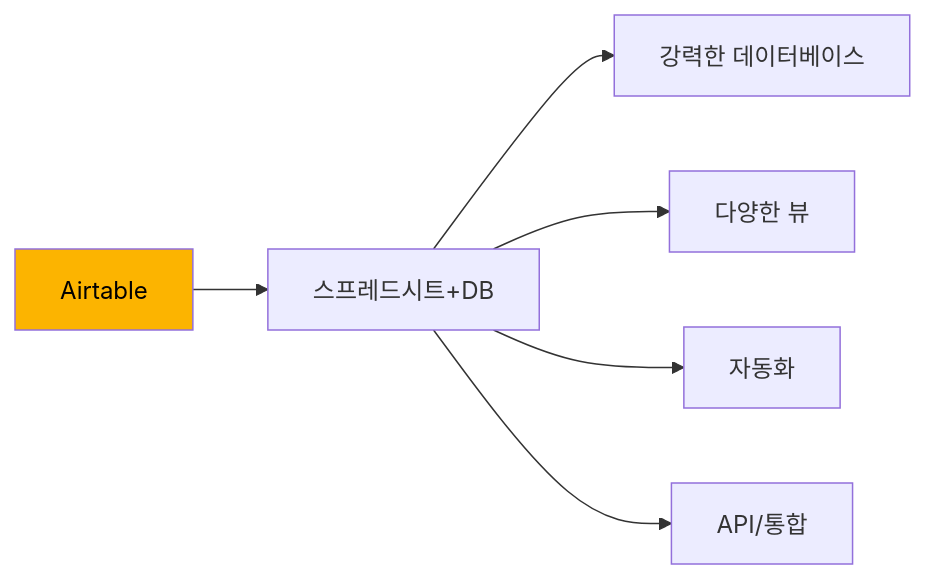
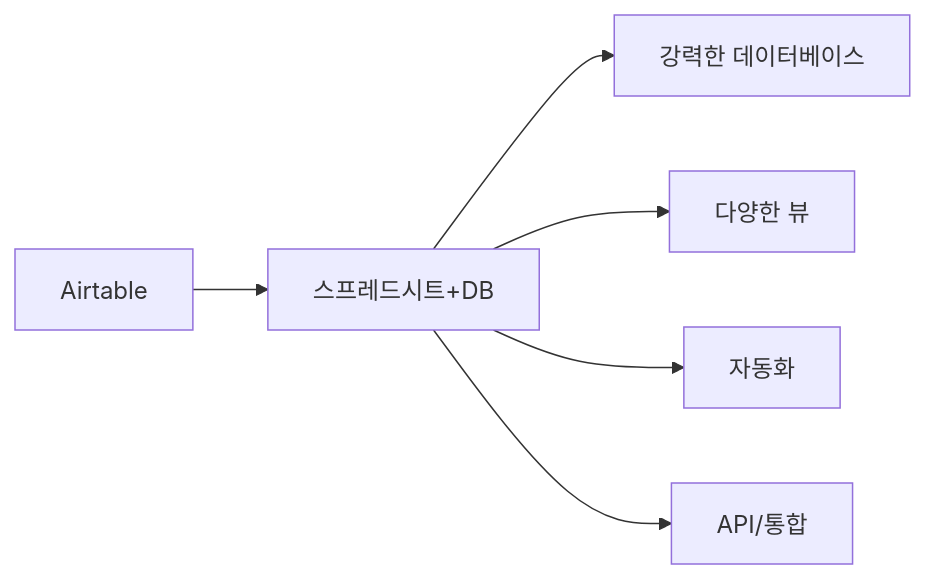
The sixth of 20 diagrams in _md/genai-notion/chapter06/06-2.md (nugurejeil/weniVooks), drawn with Mermaid before and after one commit. The commit also changed other lines of this file and 187 other files, not shown here.

````diff
--- a/_md/genai-notion/chapter06/06-2.md
+++ b/_md/genai-notion/chapter06/06-2.md
@@ -245,11 +240,9 @@
 ```mermaid
 graph LR
     A[Airtable] --> B[스프레드시트+DB]
 
     B --> B1[강력한 데이터베이스]
     B --> B2[다양한 뷰]
     B --> B3[자동화]
     B --> B4[API/통합]
-
-    style A fill:#FCB400,color:#000
 ```
````
